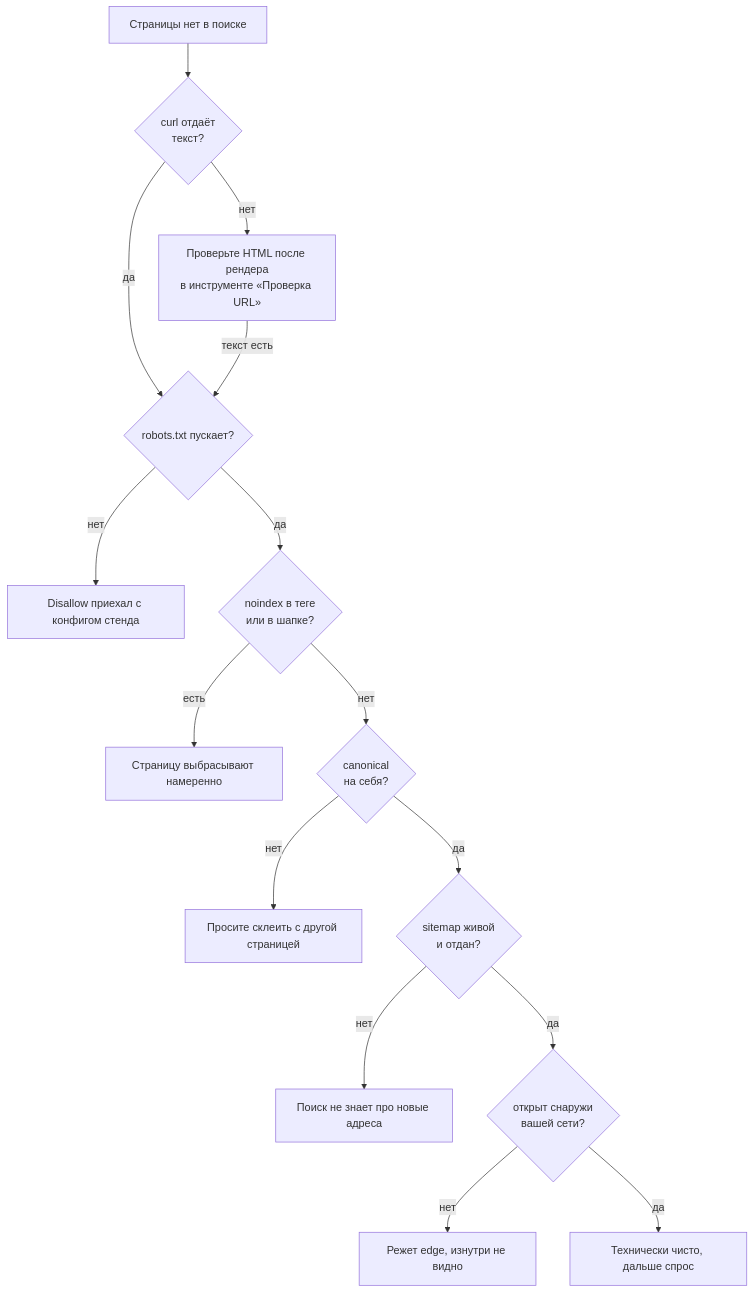
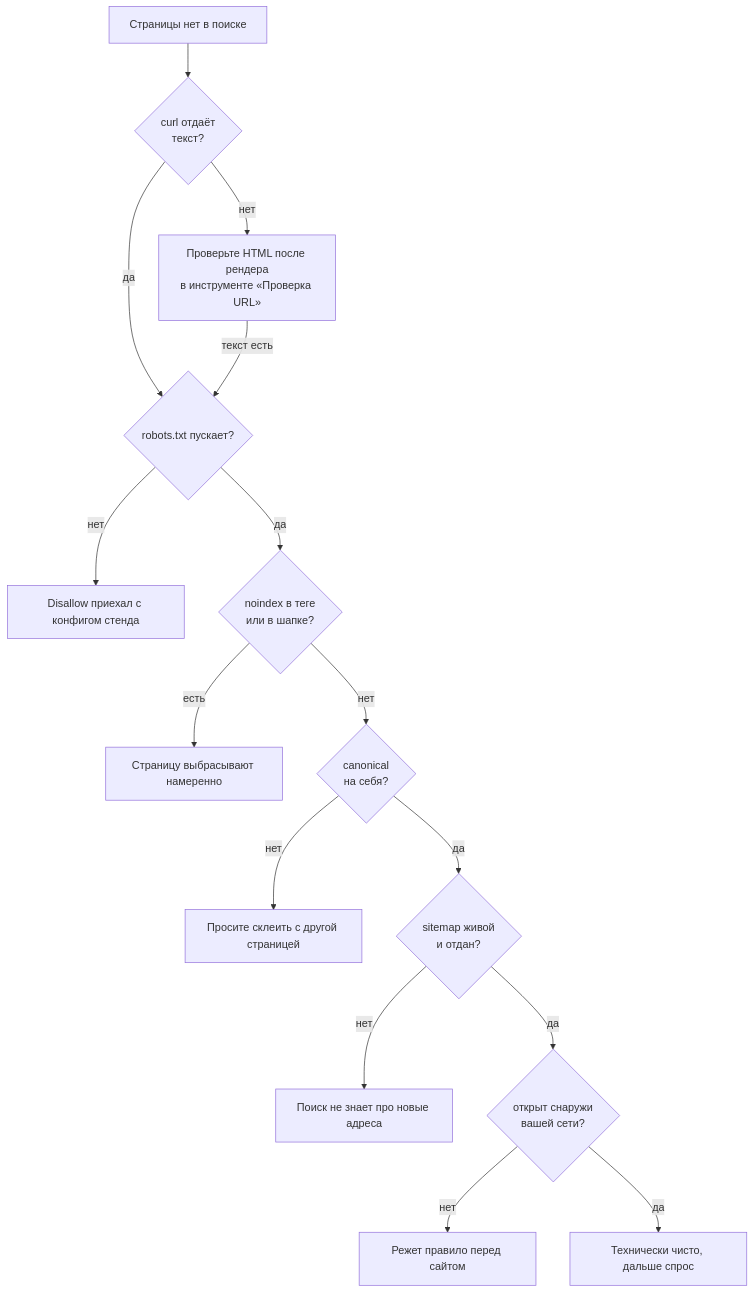
The diagram in src/content/docs/ru/indexing/why-google-does-not-see-you.md (Smolevich/pet-project-atlas), drawn with Mermaid before and after one commit. The commit also changed other lines of this file and 47 other files, not shown here.

First line of the commit message:
content: explain the why behind Cloudflare, analytics, UTM, channels and demand; add FAQ schema and sitemap lastmod (#64)

````diff
--- a/src/content/docs/ru/indexing/why-google-does-not-see-you.md
+++ b/src/content/docs/ru/indexing/why-google-does-not-see-you.md
@@ -27,17 +27,17 @@
 ```mermaid
 flowchart TD
   A["Страницы нет в поиске"] --> B{"curl отдаёт<br/>текст?"}
   B -->|"нет"| B1["Проверьте HTML после рендера<br/>в инструменте «Проверка URL»"]
   B -->|"да"| C{"robots.txt пускает?"}
   B1 -->|"текст есть"| C
   C -->|"нет"| C1["Disallow приехал с конфигом стенда"]
   C -->|"да"| D{"noindex в теге<br/>или в шапке?"}
   D -->|"есть"| D1["Страницу выбрасывают намеренно"]
   D -->|"нет"| E{"canonical<br/>на себя?"}
   E -->|"нет"| E1["Просите склеить с другой страницей"]
   E -->|"да"| F{"sitemap живой<br/>и отдан?"}
   F -->|"нет"| F1["Поиск не знает про новые адреса"]
   F -->|"да"| G{"открыт снаружи<br/>вашей сети?"}
-  G -->|"нет"| G1["Режет edge, изнутри не видно"]
+  G -->|"нет"| G1["Режет правило перед сайтом"]
   G -->|"да"| H["Технически чисто, дальше спрос"]
 ```
````
